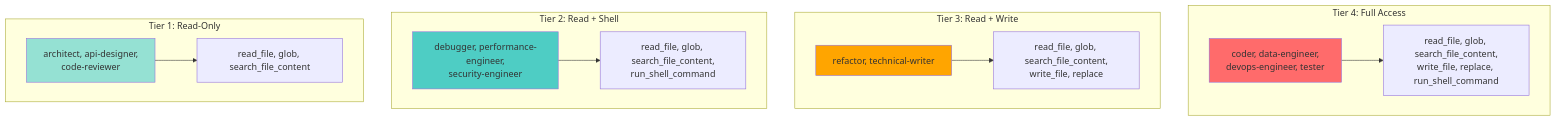
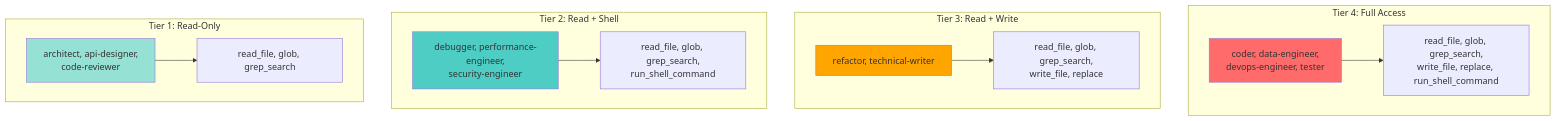
Before and after one commit to josstei/maestro-orchestrate: the first of 4 diagrams in docs/architecture/agent-system.md, drawn with Mermaid. The commit also changed other lines of this file and 42 other files, not shown here.

````diff
--- a/docs/architecture/agent-system.md
+++ b/docs/architecture/agent-system.md
@@ -148,32 +148,32 @@
 ```mermaid
 graph TB
     subgraph "Tier 4: Full Access"
         T4[coder, data-engineer,<br/>devops-engineer, tester]
-        T4Tools[read_file, glob, search_file_content,<br/>write_file, replace, run_shell_command]
+        T4Tools[read_file, glob, grep_search,<br/>write_file, replace, run_shell_command]
     end
 
     subgraph "Tier 3: Read + Write"
         T3[refactor, technical-writer]
-        T3Tools[read_file, glob, search_file_content,<br/>write_file, replace]
+        T3Tools[read_file, glob, grep_search,<br/>write_file, replace]
     end
 
     subgraph "Tier 2: Read + Shell"
         T2[debugger, performance-engineer,<br/>security-engineer]
-        T2Tools[read_file, glob, search_file_content,<br/>run_shell_command]
+        T2Tools[read_file, glob, grep_search,<br/>run_shell_command]
     end
 
     subgraph "Tier 1: Read-Only"
         T1[architect, api-designer,<br/>code-reviewer]
-        T1Tools[read_file, glob, search_file_content]
+        T1Tools[read_file, glob, grep_search]
     end
 
     T4 --> T4Tools
     T3 --> T3Tools
     T2 --> T2Tools
     T1 --> T1Tools
 
     style T4 fill:#ff6b6b
     style T3 fill:#ffa500
     style T2 fill:#4ecdc4
     style T1 fill:#95e1d3
 ```
````
